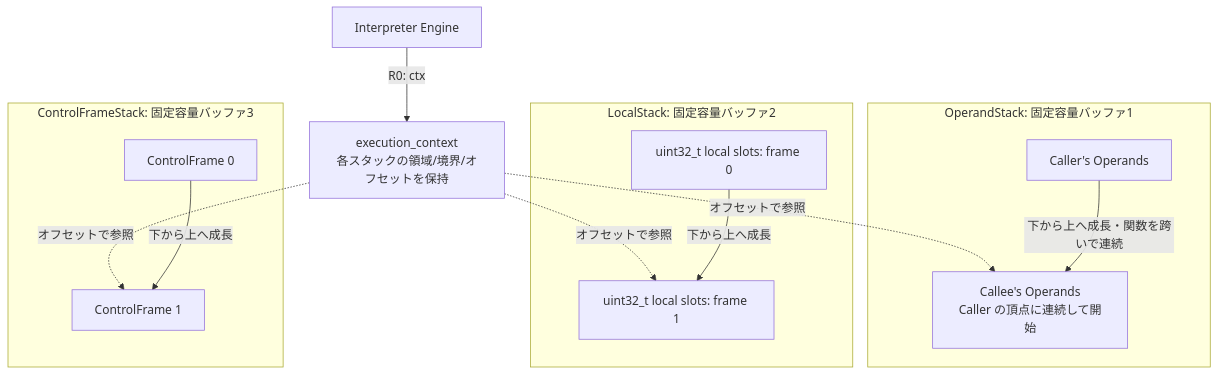
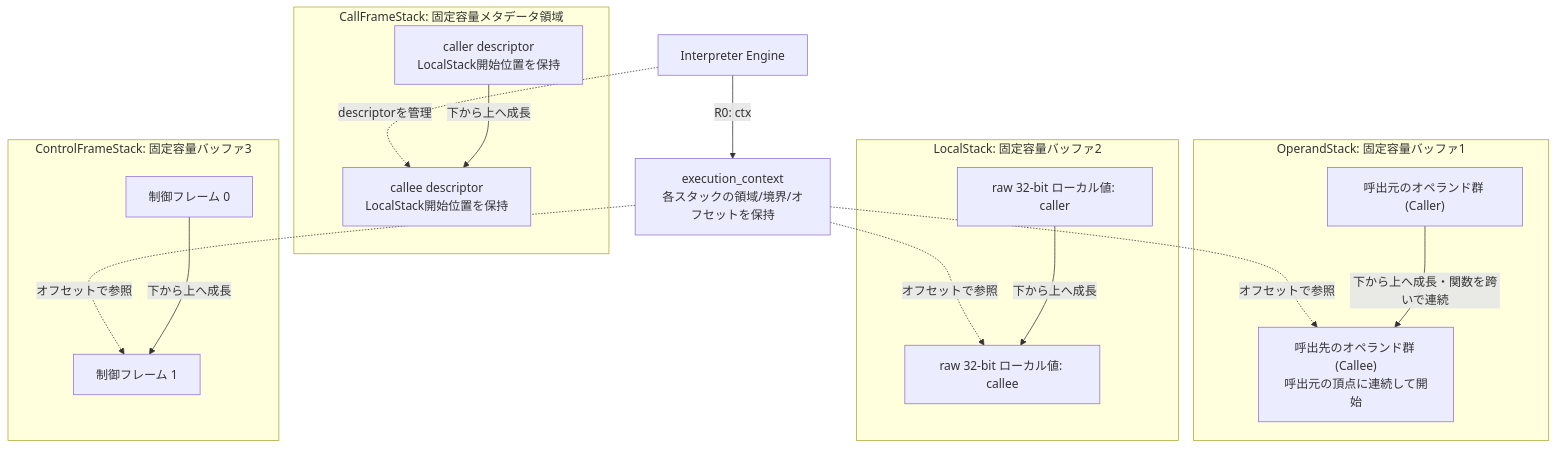
The first of 4 diagrams in docs/components/tier2_runtime/runtime_interpreter.md (kmt-t/fireball), drawn with Mermaid before and after one commit. The commit also changed other lines of this file and 208 other files, not shown here.

Commit message:
Refactor project architecture and simplify implementation

````diff
--- a/docs/components/tier2_runtime/runtime_interpreter.md
+++ b/docs/components/tier2_runtime/runtime_interpreter.md
@@ -28,27 +33,34 @@
 ```mermaid
 graph TD
-    Ctx[execution_context<br/>各スタックの領域/境界/オフセットを保持]
+    Ctx["execution_context<br/>各スタックの領域/境界/オフセットを保持"]
 
     subgraph Operand_Stack_Memory["OperandStack: 固定容量バッファ1"]
-        Op0[Caller's Operands]
-        Op1[Callee's Operands<br/>Caller の頂点に連続して開始]
+        Op0["呼出元のオペランド群 (Caller)"]
+        Op1["呼出先のオペランド群 (Callee)<br/>呼出元の頂点に連続して開始"]
     end
 
     subgraph Local_Stack_Memory["LocalStack: 固定容量バッファ2"]
-        Loc0[uint32_t local slots: frame 0]
-        Loc1[uint32_t local slots: frame 1]
+        Loc0["raw 32-bit ローカル値: caller"]
+        Loc1["raw 32-bit ローカル値: callee"]
+    end
+
+    subgraph Call_Frame_Memory["CallFrameStack: 固定容量メタデータ領域"]
+        Frame0["caller descriptor<br/>LocalStack開始位置を保持"]
+        Frame1["callee descriptor<br/>LocalStack開始位置を保持"]
     end
 
     subgraph Control_Frame_Memory["ControlFrameStack: 固定容量バッファ3"]
-        Ctrl0[ControlFrame 0]
-        Ctrl1[ControlFrame 1]
+        Ctrl0["制御フレーム 0"]
+        Ctrl1["制御フレーム 1"]
     end
 
     Engine[Interpreter Engine] -- R0: ctx --> Ctx
     Ctx -. "オフセットで参照" .-> Op1
     Ctx -. "オフセットで参照" .-> Loc1
     Ctx -. "オフセットで参照" .-> Ctrl1
+    Engine -. "descriptorを管理" .-> Frame1
     Op0 -- "下から上へ成長・関数を跨いで連続" --> Op1
     Loc0 -- "下から上へ成長" --> Loc1
+    Frame0 -- "下から上へ成長" --> Frame1
     Ctrl0 -- "下から上へ成長" --> Ctrl1
 ```
````
